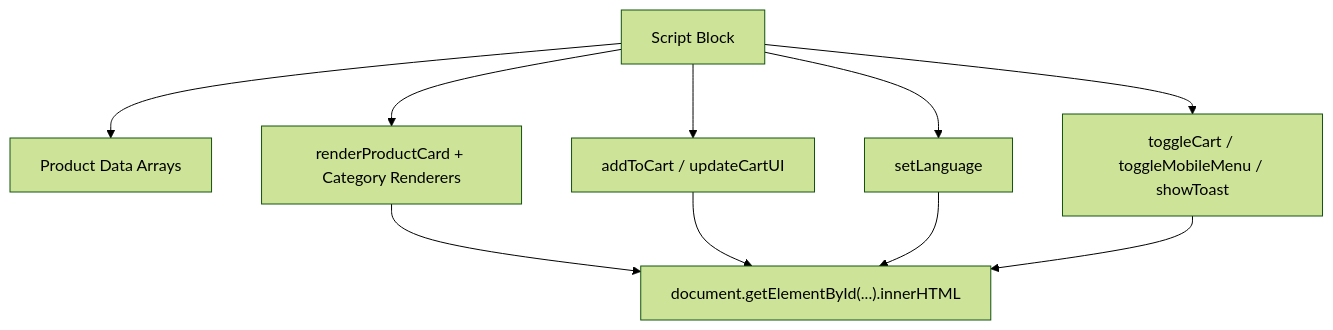
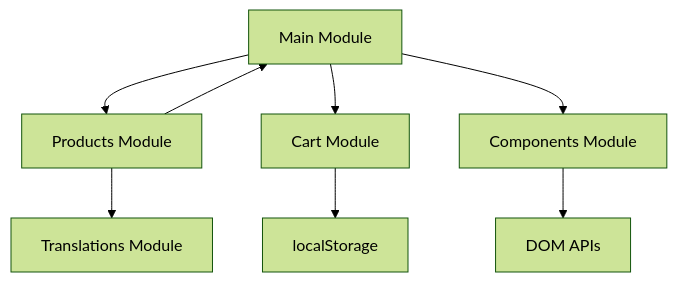
The sixth of 6 diagrams in .qoder/repowiki/en/content/Product Management System/Dynamic Product Rendering.md (queenflowerhk/queenflowerhk.github.io), drawn with Mermaid (forest theme) before and after one commit. The commit also changed other lines of this file and 20 other files, not shown here.

````diff
--- a/.qoder/repowiki/en/content/Product Management System/Dynamic Product Rendering.md
+++ b/.qoder/repowiki/en/content/Product Management System/Dynamic Product Rendering.md
@@ -283,12 +317,10 @@
 ```mermaid
 graph TB
-Script["Script Block"] --> Data["Product Data Arrays"]
-Script --> Render["renderProductCard + Category Renderers"]
-Script --> Cart["addToCart / updateCartUI"]
-Script --> Lang["setLanguage"]
-Script --> UI["toggleCart / toggleMobileMenu / showToast"]
-Render --> DOM["document.getElementById(...).innerHTML"]
-Cart --> DOM
-Lang --> DOM
-UI --> DOM
+Main["Main Module"] --> Products["Products Module"]
+Main --> Cart["Cart Module"]
+Main --> Components["Components Module"]
+Products --> Translations["Translations Module"]
+Products --> Main
+Cart --> Storage["localStorage"]
+Components --> DOM["DOM APIs"]
 ```
````
